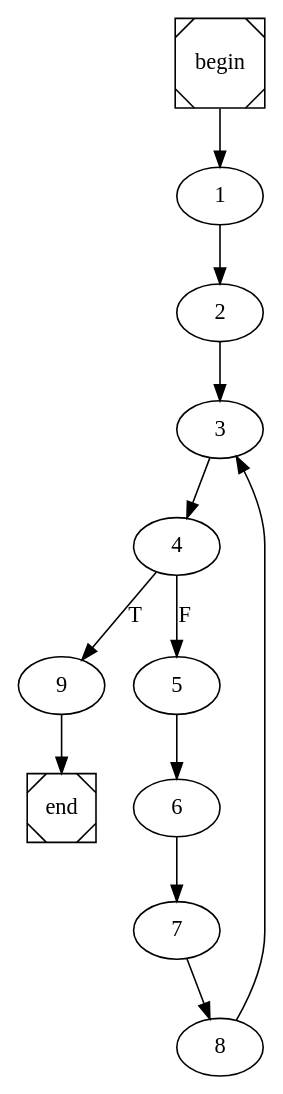
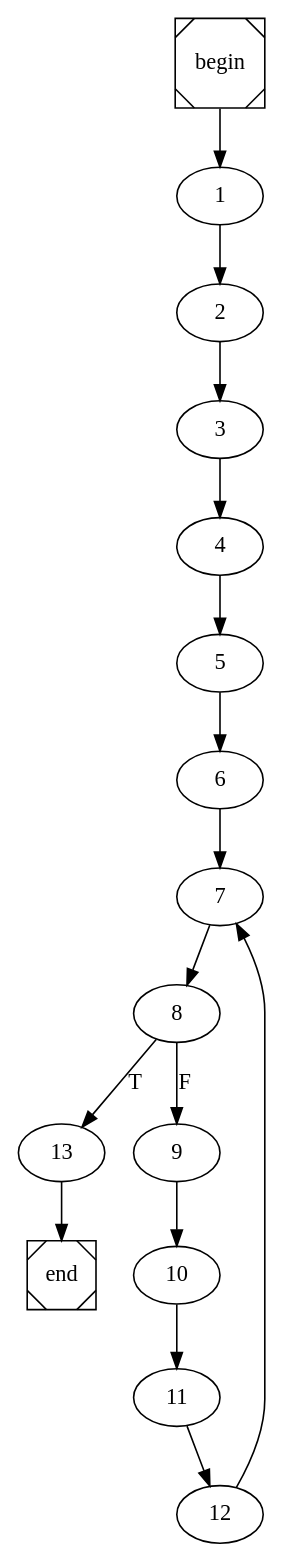
Before and after one commit to arubenruben/JMM-Compiler: the diagram in sum.dot, drawn with Graphviz. The commit also changed 5 other files, not shown here.

```diff
--- a/sum.dot
+++ b/sum.dot
@@ -1,4 +1,4 @@
 digraph cfg {
 	begin [shape=Msquare];
 	end [shape=Msquare];
-	begin -> 1;	1 -> 2;	2 -> 3;	3 -> 4;	4 -> 9[label=T];	4 -> 5[label=F];	5 -> 6;	6 -> 7;	7 -> 8;	8 -> 3;	9 -> end;}
+	begin -> 1;	1 -> 2;	2 -> 3;	3 -> 4;	4 -> 5;	5 -> 6;	6 -> 7;	7 -> 8;	8 -> 13[label=T];	8 -> 9[label=F];	9 -> 10;	10 -> 11;	11 -> 12;	12 -> 7;	13 -> end;}
```
